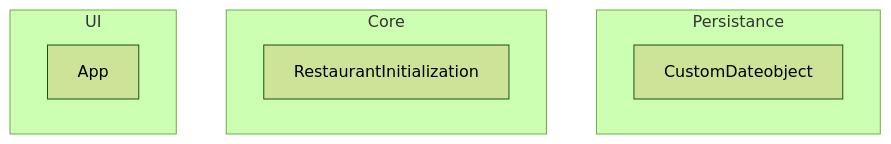
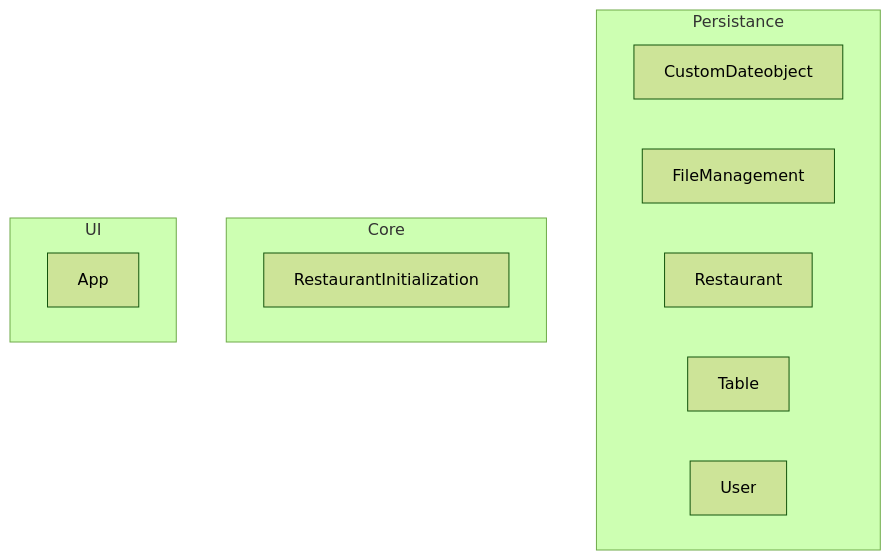
One commit to marsun02/IT1901_Booking_Manager changed the diagram in Package-diagram.md. Above: the diagram before and after it, drawn with Mermaid (forest theme).

Commit message:
docs: :memo: Added all files into persistance package #130

````diff
--- a/Package-diagram.md
+++ b/Package-diagram.md
@@ -1,19 +1,24 @@
 ```mermaid
     graph TD
 
     %% Pakke: Persistance
     subgraph Persistance["Persistance"]
         A1[CustomDateobject]
+        A2[FileManagement]
+        A3[Restaurant]
+        A4[Table]
+        A5[User]
+
     end    
 
 
     %% Pakke: Core
     subgraph Core["Core"]
         B1[RestaurantInitialization]
     end   
 
     %% Pakke: UI
     subgraph UI["UI"]
         C1[App]
     end 
 ```
````
